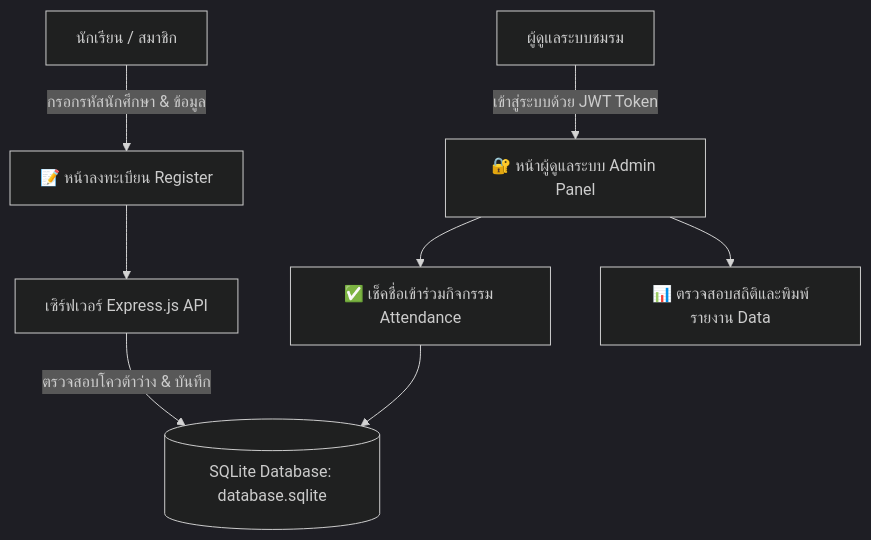
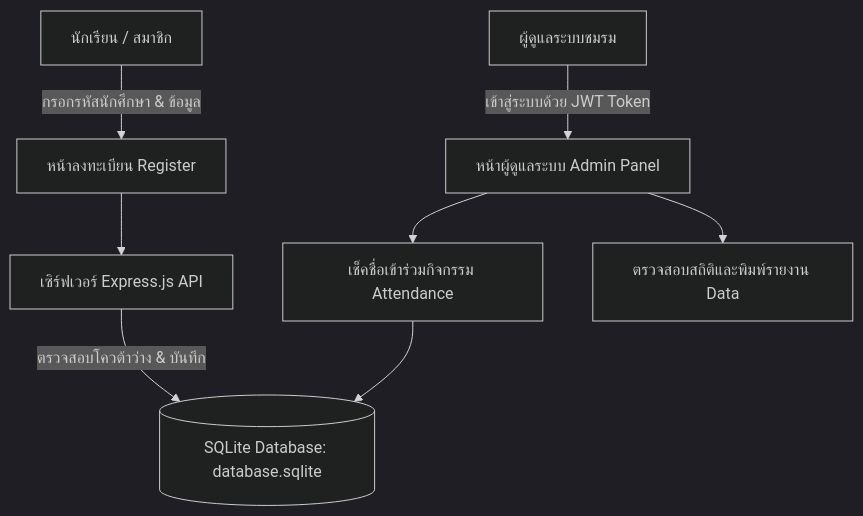
The fourth of 9 diagrams in README.md (FANG9356/MyProject), drawn with Mermaid (dark theme) before and after one commit. The commit also changed other lines of this file and 47 other files, not shown here.

````diff
--- a/README.md
+++ b/README.md
@@ -207,10 +207,10 @@
 ```mermaid
 flowchart TD
-    A[นักเรียน / สมาชิก] -->|กรอกรหัสนักศึกษา & ข้อมูล| B[📝 หน้าลงทะเบียน Register]
-    B --> C[เซิร์ฟเวอร์ Express.js API]
-    C -->|ตรวจสอบโควต้าว่าง & บันทึก| D[(SQLite Database: database.sqlite)]
-    E[ผู้ดูแลระบบชมรม] -->|เข้าสู่ระบบด้วย JWT Token| F[🔐 หน้าผู้ดูแลระบบ Admin Panel]
-    F --> G[✅ เช็คชื่อเข้าร่วมกิจกรรม Attendance]
-    G --> D
-    F --> H[📊 ตรวจสอบสถิติและพิมพ์รายงาน Data]
+ A[นักเรียน / สมาชิก] -->|กรอกรหัสนักศึกษา & ข้อมูล| B[หน้าลงทะเบียน Register]
+ B --> C[เซิร์ฟเวอร์ Express.js API]
+ C -->|ตรวจสอบโควต้าว่าง & บันทึก| D[(SQLite Database: database.sqlite)]
+ E[ผู้ดูแลระบบชมรม] -->|เข้าสู่ระบบด้วย JWT Token| F[หน้าผู้ดูแลระบบ Admin Panel]
+ F --> G[เช็คชื่อเข้าร่วมกิจกรรม Attendance]
+ G --> D
+ F --> H[ตรวจสอบสถิติและพิมพ์รายงาน Data]
 ```
````
